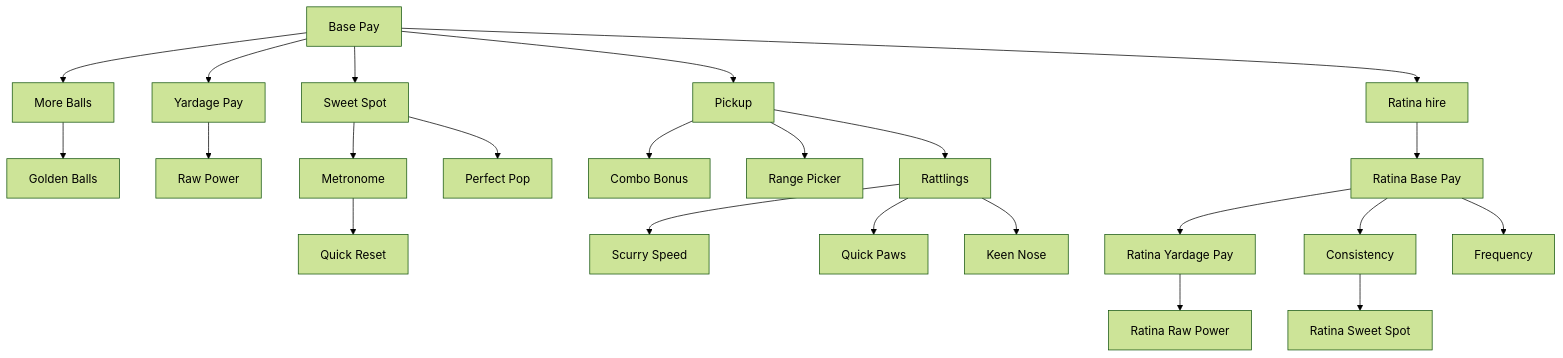
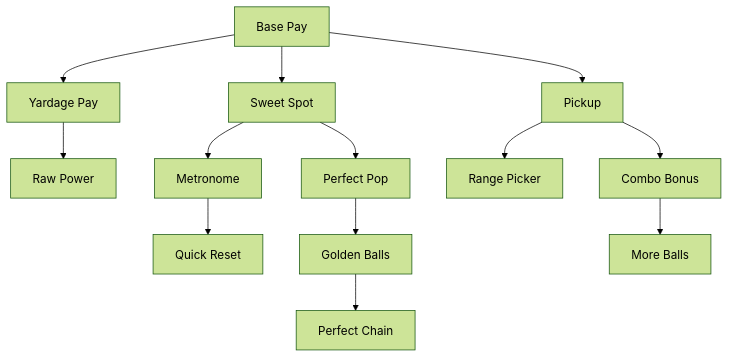
Before and after one commit to bicrick/golf_incremental: the diagram in docs/v2/04-upgrade-tree.md, drawn with Mermaid (forest theme). The commit also changed other lines of this file and 54 other files, not shown here.

````diff
--- a/docs/v2/04-upgrade-tree.md
+++ b/docs/v2/04-upgrade-tree.md
@@ -26,25 +36,15 @@
 ```mermaid
 flowchart TB
   basePay[Base Pay] --> yardagePay[Yardage Pay]
   basePay --> sweetSpot[Sweet Spot]
   basePay --> pickup[Pickup]
-  basePay --> ballCount[More Balls]
-  basePay --> ratinaHire[Ratina hire]
-  ballCount --> goldenBall[Golden Balls]
   yardagePay --> rawPower[Raw Power]
   sweetSpot --> metronome[Metronome]
   sweetSpot --> perfectPop[Perfect Pop]
   metronome --> quickReset[Quick Reset]
+  perfectPop --> goldenBall[Golden Balls]
+  goldenBall --> perfectChain[Perfect Chain]
+  pickup --> rangePicker[Range Picker]
   pickup --> comboBonus[Combo Bonus]
-  pickup --> rangePicker[Range Picker]
-  pickup --> rattlingMore[Rattlings]
-  rattlingMore --> rattlingSpeed[Scurry Speed]
-  rattlingMore --> quickPaws[Quick Paws]
-  rattlingMore --> keenNose[Keen Nose]
-  ratinaHire --> ratinaBasePay[Ratina Base Pay]
-  ratinaBasePay --> ratinaYard[Ratina Yardage Pay]
-  ratinaBasePay --> ratinaCons[Consistency]
-  ratinaBasePay --> ratinaFreq[Frequency]
-  ratinaYard --> ratinaRaw[Ratina Raw Power]
-  ratinaCons --> ratinaSweet[Ratina Sweet Spot]
+  comboBonus --> moreBalls[More Balls]
 ```
````
